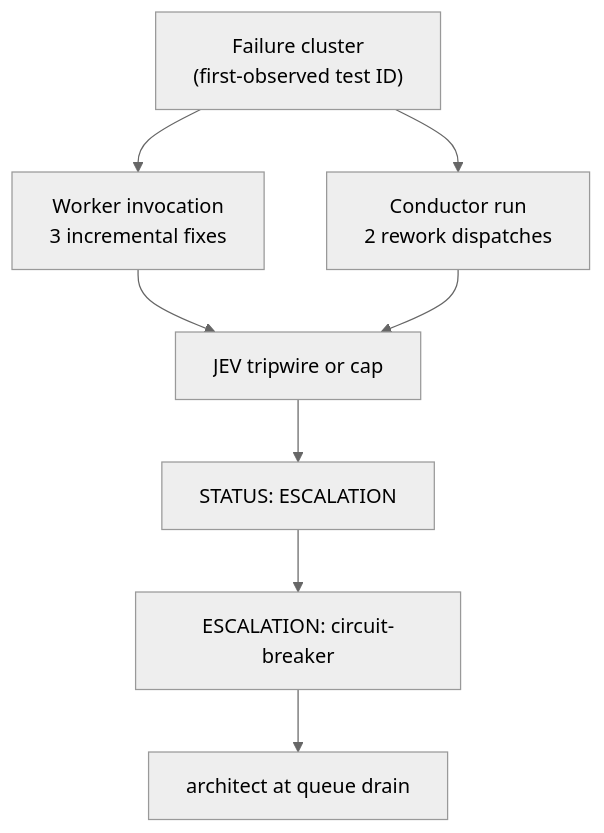
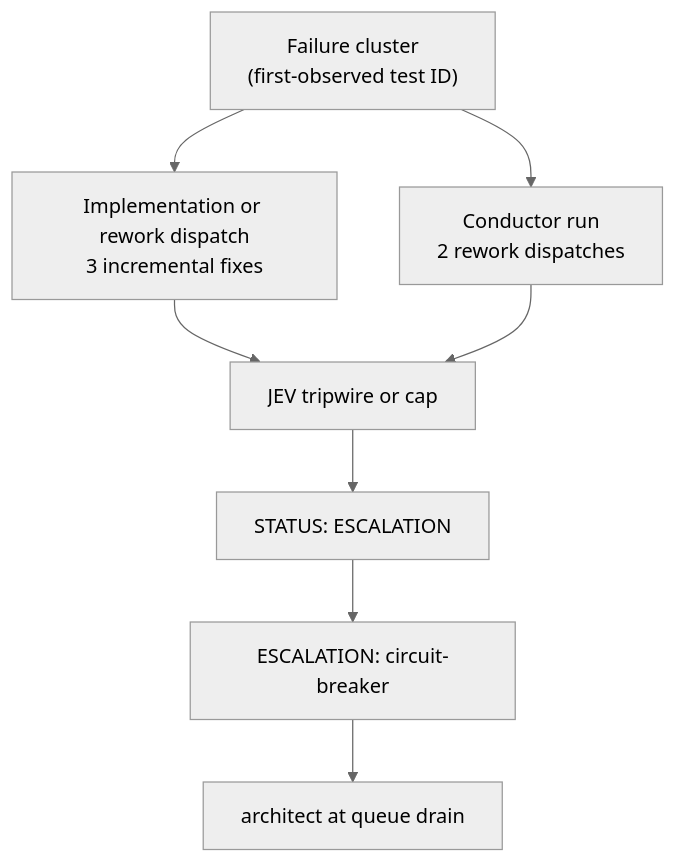
One commit to dpalfery/kyber-weave changed the sixth of 6 diagrams in docs/kyber-squad/architecture.md. Above: the diagram before and after it, drawn with Mermaid (neutral theme). The commit also changed other lines of this file and 25 other files, not shown here.

````diff
--- a/docs/kyber-squad/architecture.md
+++ b/docs/kyber-squad/architecture.md
@@ -713,18 +713,18 @@
 ```mermaid
 flowchart TD
     Cluster["Failure cluster\n(first-observed test ID)"]
-    Worker["Worker invocation\n3 incremental fixes"]
+    Worker["Implementation or rework dispatch\n3 incremental fixes"]
     Conductor["Conductor run\n2 rework dispatches"]
     JEV["JEV tripwire or cap"]
     Escalation["STATUS: ESCALATION"]
     Finding["ESCALATION: circuit-breaker"]
     Architect["architect at queue drain"]
 
     Cluster --> Worker
     Cluster --> Conductor
     Worker --> JEV
     Conductor --> JEV
     JEV --> Escalation
     Escalation --> Finding
     Finding --> Architect
 ```
````
